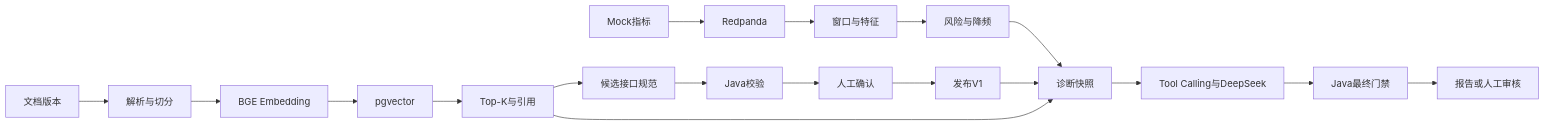
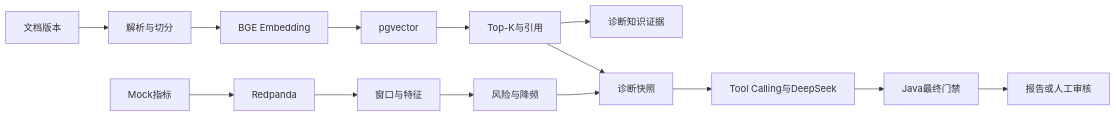
The diagram in docs/architecture/TECHNICAL_ARCHITECTURE.md (zhangyusong627/fund-gateway-ai-center), drawn with Mermaid before and after one commit. The commit also changed other lines of this file and 85 other files, not shown here.

````diff
--- a/docs/architecture/TECHNICAL_ARCHITECTURE.md
+++ b/docs/architecture/TECHNICAL_ARCHITECTURE.md
@@ -23,12 +24,10 @@
 ```mermaid
 flowchart LR
  D[文档版本] --> P[解析与切分] --> E[BGE Embedding] --> V[pgvector]
  V --> R[Top-K与引用]
- R --> I[候选接口规范]
- I --> J[Java校验] --> H[人工确认] --> C[发布V1]
+ R --> K[诊断知识证据]
  M[Mock指标] --> Q[Redpanda] --> W[窗口与特征] --> F[风险与降频]
  F --> S[诊断快照]
- C --> S
  R --> S
  S --> A[Tool Calling与DeepSeek] --> G[Java最终门禁] --> O[报告或人工审核]
 ```
````
